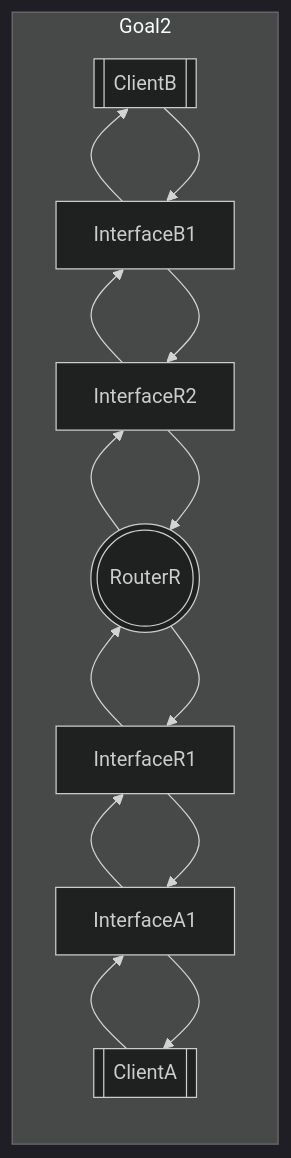
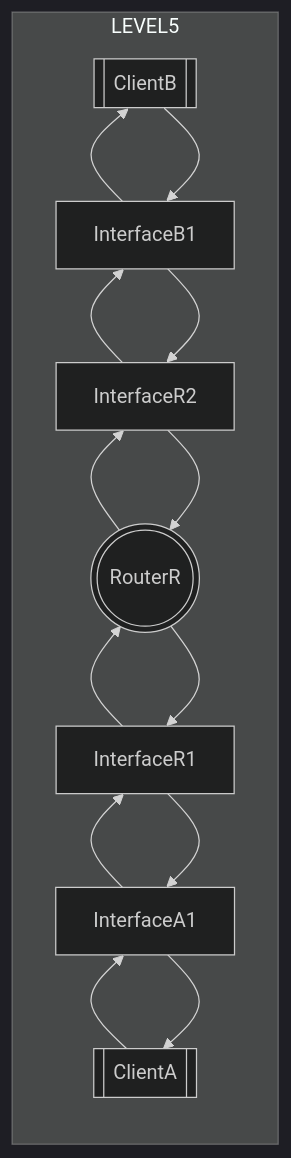
One commit to rikeda-cloud/net_practice changed the first of 2 diagrams in level5.md. Above: the diagram before and after it, drawn with Mermaid. The commit also changed 7 other files, not shown here.

Commit message:
add level7.md && add chart label

````diff
--- a/level5.md
+++ b/level5.md
@@ -17,21 +17,21 @@
 ```mermaid
 %%{init:{'theme': 'dark'}}%%
 %%{init:{'flowchart': {'curve': 'natural'}}}%%
 flowchart
-subgraph Goal2
+subgraph LEVEL5
     direction BT
     CA[[ClientA]]
     CB[[ClientB]]
     RR(((RouterR)))
     IA[InterfaceA1]
     IB[InterfaceB1]
     IR1[InterfaceR1]
     IR2[InterfaceR2]
     CA-->IA-->CA
     IA-->IR1-->IA
     IR1-->RR-->IR1
     CB-->IB-->CB
     IB-->IR2-->IB
     IR2-->RR-->IR2
 end
 ```
````
